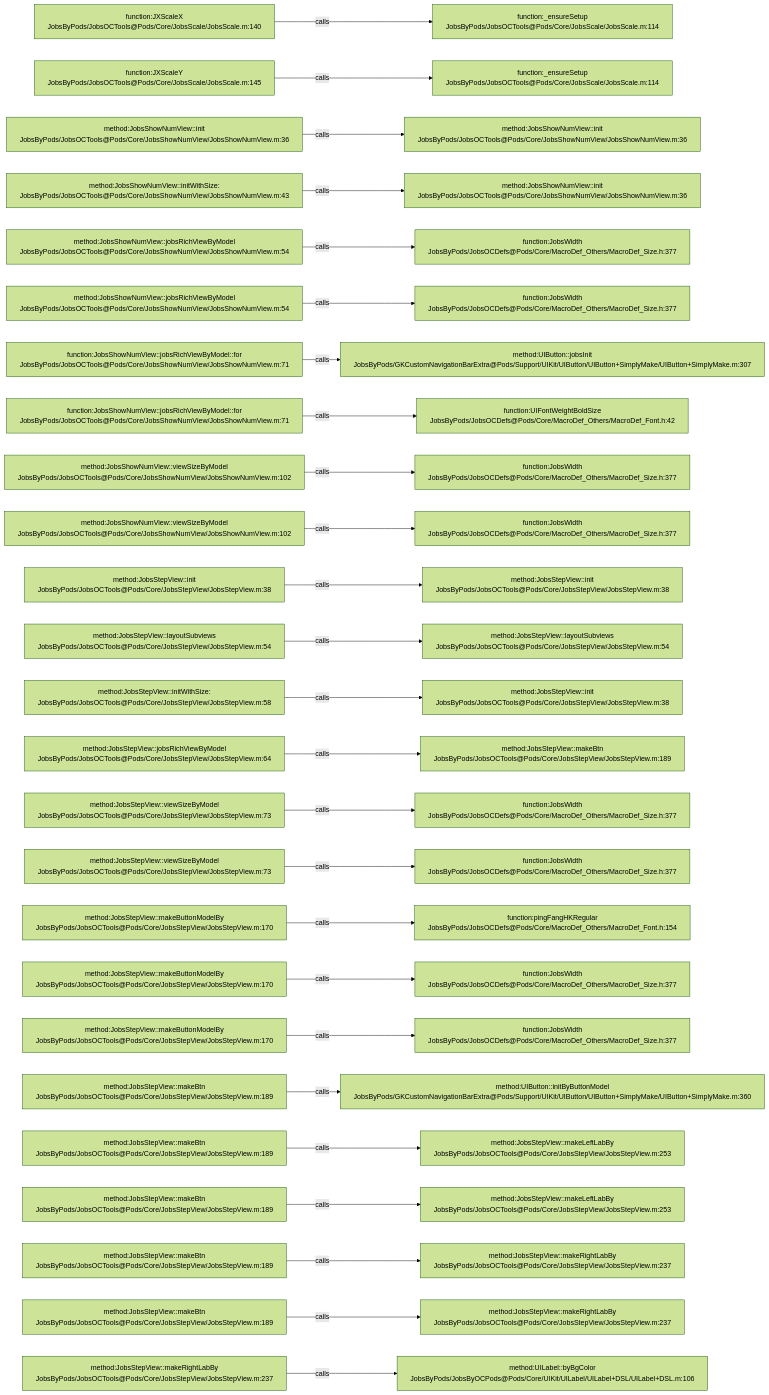
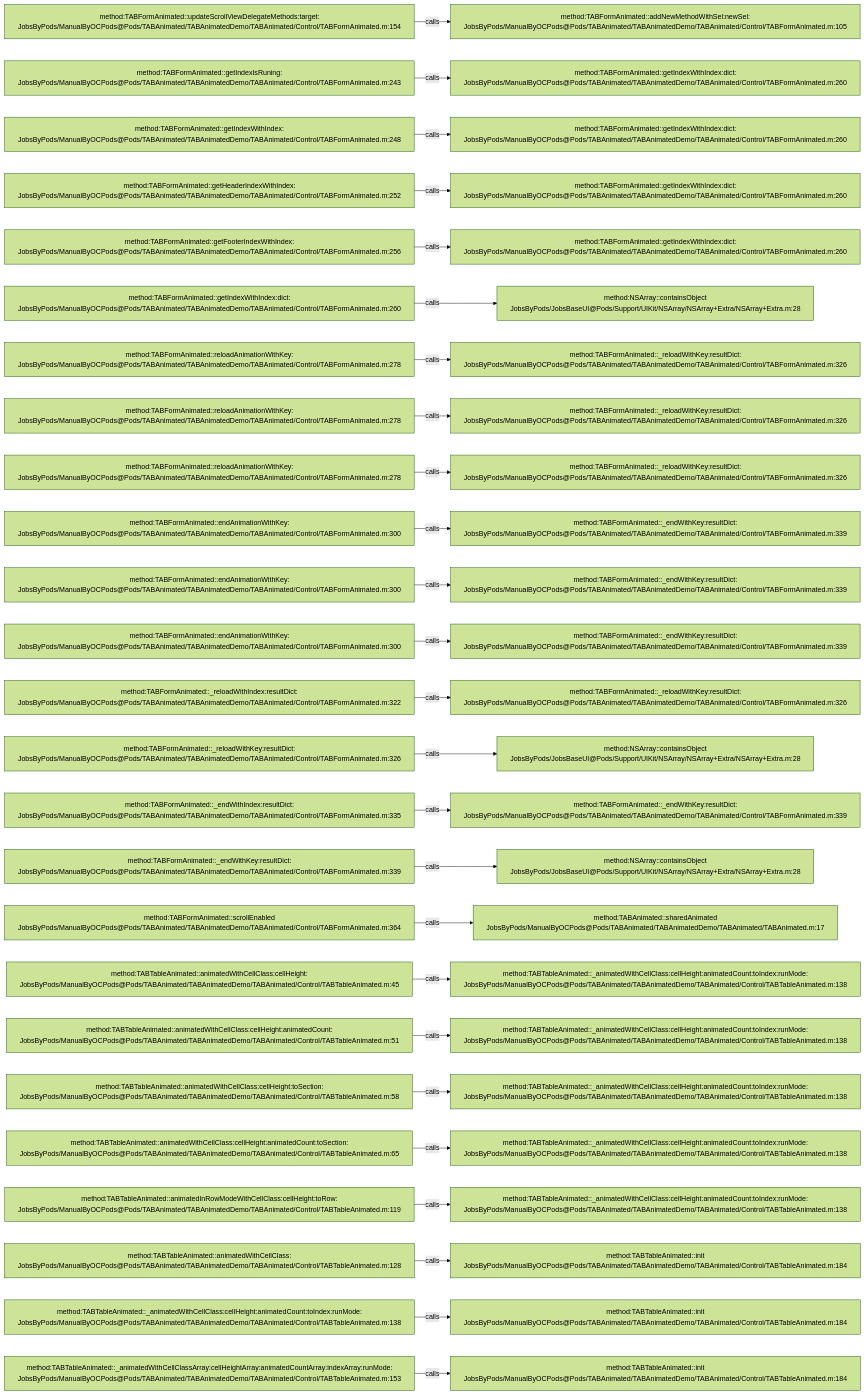
Before and after one commit to JobsKits/JobsOCBaseConfigDemo: the diagram in .codegraph/codegraph.md/graphs/calls-200.md, drawn with Mermaid (forest theme). The commit also changed 1026 other files, not shown here.

````diff
--- a/.codegraph/codegraph.md/graphs/calls-200.md
+++ b/.codegraph/codegraph.md/graphs/calls-200.md
@@ -13,78 +13,78 @@
 ```mermaid
 flowchart LR
-  S1["function:JXScaleX<br/>JobsByPods/JobsOCTools@Pods/Core/JobsScale/JobsScale.m:140"]
-  T1["function:_ensureSetup<br/>JobsByPods/JobsOCTools@Pods/Core/JobsScale/JobsScale.m:114"]
+  S1["method:TABFormAnimated::updateScrollViewDelegateMethods:target:<br/>JobsByPods/ManualByOCPods@Pods/TABAnimated/TABAnimatedDemo/TABAnimated/Control/TABFormAnimated.m:154"]
+  T1["method:TABFormAnimated::addNewMethodWithSel:newSel:<br/>JobsByPods/ManualByOCPods@Pods/TABAnimated/TABAnimatedDemo/TABAnimated/Control/TABFormAnimated.m:105"]
   S1 -->|calls| T1
-  S2["function:JXScaleY<br/>JobsByPods/JobsOCTools@Pods/Core/JobsScale/JobsScale.m:145"]
-  T2["function:_ensureSetup<br/>JobsByPods/JobsOCTools@Pods/Core/JobsScale/JobsScale.m:114"]
+  S2["method:TABFormAnimated::getIndexIsRuning:<br/>JobsByPods/ManualByOCPods@Pods/TABAnimated/TABAnimatedDemo/TABAnimated/Control/TABFormAnimated.m:243"]
+  T2["method:TABFormAnimated::getIndexWithIndex:dict:<br/>JobsByPods/ManualByOCPods@Pods/TABAnimated/TABAnimatedDemo/TABAnimated/Control/TABFormAnimated.m:260"]
   S2 -->|calls| T2
-  S3["method:JobsShowNumView::init<br/>JobsByPods/JobsOCTools@Pods/Core/JobsShowNumView/JobsShowNumView.m:36"]
-  T3["method:JobsShowNumView::init<br/>JobsByPods/JobsOCTools@Pods/Core/JobsShowNumView/JobsShowNumView.m:36"]
+  S3["method:TABFormAnimated::getIndexWithIndex:<br/>JobsByPods/ManualByOCPods@Pods/TABAnimated/TABAnimatedDemo/TABAnimated/Control/TABFormAnimated.m:248"]
+  T3["method:TABFormAnimated::getIndexWithIndex:dict:<br/>JobsByPods/ManualByOCPods@Pods/TABAnimated/TABAnimatedDemo/TABAnimated/Control/TABFormAnimated.m:260"]
   S3 -->|calls| T3
-  S4["method:JobsShowNumView::initWithSize:<br/>JobsByPods/JobsOCTools@Pods/Core/JobsShowNumView/JobsShowNumView.m:43"]
-  T4["method:JobsShowNumView::init<br/>JobsByPods/JobsOCTools@Pods/Core/JobsShowNumView/JobsShowNumView.m:36"]
+  S4["method:TABFormAnimated::getHeaderIndexWithIndex:<br/>JobsByPods/ManualByOCPods@Pods/TABAnimated/TABAnimatedDemo/TABAnimated/Control/TABFormAnimated.m:252"]
+  T4["method:TABFormAnimated::getIndexWithIndex:dict:<br/>JobsByPods/ManualByOCPods@Pods/TABAnimated/TABAnimatedDemo/TABAnimated/Control/TABFormAnimated.m:260"]
   S4 -->|calls| T4
-  S5["method:JobsShowNumView::jobsRichViewByModel<br/>JobsByPods/JobsOCTools@Pods/Core/JobsShowNumView/JobsShowNumView.m:54"]
-  T5["function:JobsWidth<br/>JobsByPods/JobsOCDefs@Pods/Core/MacroDef_Others/MacroDef_Size.h:377"]
+  S5["method:TABFormAnimated::getFooterIndexWithIndex:<br/>JobsByPods/ManualByOCPods@Pods/TABAnimated/TABAnimatedDemo/TABAnimated/Control/TABFormAnimated.m:256"]
+  T5["method:TABFormAnimated::getIndexWithIndex:dict:<br/>JobsByPods/ManualByOCPods@Pods/TABAnimated/TABAnimatedDemo/TABAnimated/Control/TABFormAnimated.m:260"]
   S5 -->|calls| T5
-  S6["method:JobsShowNumView::jobsRichViewByModel<br/>JobsByPods/JobsOCTools@Pods/Core/JobsShowNumView/JobsShowNumView.m:54"]
-  T6["function:JobsWidth<br/>JobsByPods/JobsOCDefs@Pods/Core/MacroDef_Others/MacroDef_Size.h:377"]
+  S6["method:TABFormAnimated::getIndexWithIndex:dict:<br/>JobsByPods/ManualByOCPods@Pods/TABAnimated/TABAnimatedDemo/TABAnimated/Control/TABFormAnimated.m:260"]
+  T6["method:NSArray::containsObject<br/>JobsByPods/JobsBaseUI@Pods/Support/UIKit/NSArray/NSArray+Extra/NSArray+Extra.m:28"]
   S6 -->|calls| T6
-  S7["function:JobsShowNumView::jobsRichViewByModel::for<br/>JobsByPods/JobsOCTools@Pods/Core/JobsShowNumView/JobsShowNumView.m:71"]
-  T7["method:UIButton::jobsInit<br/>JobsByPods/GKCustomNavigationBarExtra@Pods/Support/UIKit/UIButton/UIButton+SimplyMake/UIButton+SimplyMake.m:307"]
+  S7["method:TABFormAnimated::reloadAnimationWithKey:<br/>JobsByPods/ManualByOCPods@Pods/TABAnimated/TABAnimatedDemo/TABAnimated/Control/TABFormAnimated.m:278"]
+  T7["method:TABFormAnimated::_reloadWithKey:resultDict:<br/>JobsByPods/ManualByOCPods@Pods/TABAnimated/TABAnimatedDemo/TABAnimated/Control/TABFormAnimated.m:326"]
   S7 -->|calls| T7
-  S8["function:JobsShowNumView::jobsRichViewByModel::for<br/>JobsByPods/JobsOCTools@Pods/Core/JobsShowNumView/JobsShowNumView.m:71"]
-  T8["function:UIFontWeightBoldSize<br/>JobsByPods/JobsOCDefs@Pods/Core/MacroDef_Others/MacroDef_Font.h:42"]
+  S8["method:TABFormAnimated::reloadAnimationWithKey:<br/>JobsByPods/ManualByOCPods@Pods/TABAnimated/TABAnimatedDemo/TABAnimated/Control/TABFormAnimated.m:278"]
+  T8["method:TABFormAnimated::_reloadWithKey:resultDict:<br/>JobsByPods/ManualByOCPods@Pods/TABAnimated/TABAnimatedDemo/TABAnimated/Control/TABFormAnimated.m:326"]
   S8 -->|calls| T8
-  S9["method:JobsShowNumView::viewSizeByModel<br/>JobsByPods/JobsOCTools@Pods/Core/JobsShowNumView/JobsShowNumView.m:102"]
-  T9["function:JobsWidth<br/>JobsByPods/JobsOCDefs@Pods/Core/MacroDef_Others/MacroDef_Size.h:377"]
+  S9["method:TABFormAnimated::reloadAnimationWithKey:<br/>JobsByPods/ManualByOCPods@Pods/TABAnimated/TABAnimatedDemo/TABAnimated/Control/TABFormAnimated.m:278"]
+  T9["method:TABFormAnimated::_reloadWithKey:resultDict:<br/>JobsByPods/ManualByOCPods@Pods/TABAnimated/TABAnimatedDemo/TABAnimated/Control/TABFormAnimated.m:326"]
   S9 -->|calls| T9
-  S10["method:JobsShowNumView::viewSizeByModel<br/>JobsByPods/JobsOCTools@Pods/Core/JobsShowNumView/JobsShowNumView.m:102"]
-  T10["function:JobsWidth<br/>JobsByPods/JobsOCDefs@Pods/Core/MacroDef_Others/MacroDef_Size.h:377"]
+  S10["method:TABFormAnimated::endAnimationWithKey:<br/>JobsByPods/ManualByOCPods@Pods/TABAnimated/TABAnimatedDemo/TABAnimated/Control/TABFormAnimated.m:300"]
+  T10["method:TABFormAnimated::_endWithKey:resultDict:<br/>JobsByPods/ManualByOCPods@Pods/TABAnimated/TABAnimatedDemo/TABAnimated/Control/TABFormAnimated.m:339"]
   S10 -->|calls| T10
-  S11["method:JobsStepView::init<br/>JobsByPods/JobsOCTools@Pods/Core/JobsStepView/JobsStepView.m:38"]
-  T11["method:JobsStepView::init<br/>JobsByPods/JobsOCTools@Pods/Core/JobsStepView/JobsStepView.m:38"]
+  S11["method:TABFormAnimated::endAnimationWithKey:<br/>JobsByPods/ManualByOCPods@Pods/TABAnimated/TABAnimatedDemo/TABAnimated/Control/TABFormAnimated.m:300"]
+  T11["method:TABFormAnimated::_endWithKey:resultDict:<br/>JobsByPods/ManualByOCPods@Pods/TABAnimated/TABAnimatedDemo/TABAnimated/Control/TABFormAnimated.m:339"]
   S11 -->|calls| T11
-  S12["method:JobsStepView::layoutSubviews<br/>JobsByPods/JobsOCTools@Pods/Core/JobsStepView/JobsStepView.m:54"]
-  T12["method:JobsStepView::layoutSubviews<br/>JobsByPods/JobsOCTools@Pods/Core/JobsStepView/JobsStepView.m:54"]
+  S12["method:TABFormAnimated::endAnimationWithKey:<br/>JobsByPods/ManualByOCPods@Pods/TABAnimated/TABAnimatedDemo/TABAnimated/Control/TABFormAnimated.m:300"]
+  T12["method:TABFormAnimated::_endWithKey:resultDict:<br/>JobsByPods/ManualByOCPods@Pods/TABAnimated/TABAnimatedDemo/TABAnimated/Control/TABFormAnimated.m:339"]
   S12 -->|calls| T12
-  S13["method:JobsStepView::initWithSize:<br/>JobsByPods/JobsOCTools@Pods/Core/JobsStepView/JobsStepView.m:58"]
-  T13["method:JobsStepView::init<br/>JobsByPods/JobsOCTools@Pods/Core/JobsStepView/JobsStepView.m:38"]
+  S13["method:TABFormAnimated::_reloadWithIndex:resultDict:<br/>JobsByPods/ManualByOCPods@Pods/TABAnimated/TABAnimatedDemo/TABAnimated/Control/TABFormAnimated.m:322"]
+  T13["method:TABFormAnimated::_reloadWithKey:resultDict:<br/>JobsByPods/ManualByOCPods@Pods/TABAnimated/TABAnimatedDemo/TABAnimated/Control/TABFormAnimated.m:326"]
   S13 -->|calls| T13
-  S14["method:JobsStepView::jobsRichViewByModel<br/>JobsByPods/JobsOCTools@Pods/Core/JobsStepView/JobsStepView.m:64"]
-  T14["method:JobsStepView::makeBtn<br/>JobsByPods/JobsOCTools@Pods/Core/JobsStepView/JobsStepView.m:189"]
+  S14["method:TABFormAnimated::_reloadWithKey:resultDict:<br/>JobsByPods/ManualByOCPods@Pods/TABAnimated/TABAnimatedDemo/TABAnimated/Control/TABFormAnimated.m:326"]
+  T14["method:NSArray::containsObject<br/>JobsByPods/JobsBaseUI@Pods/Support/UIKit/NSArray/NSArray+Extra/NSArray+Extra.m:28"]
   S14 -->|calls| T14
-  S15["method:JobsStepView::viewSizeByModel<br/>JobsByPods/JobsOCTools@Pods/Core/JobsStepView/JobsStepView.m:73"]
-  T15["function:JobsWidth<br/>JobsByPods/JobsOCDefs@Pods/Core/MacroDef_Others/MacroDef_Size.h:377"]
+  S15["method:TABFormAnimated::_endWithIndex:resultDict:<br/>JobsByPods/ManualByOCPods@Pods/TABAnimated/TABAnimatedDemo/TABAnimated/Control/TABFormAnimated.m:335"]
+  T15["method:TABFormAnimated::_endWithKey:resultDict:<br/>JobsByPods/ManualByOCPods@Pods/TABAnimated/TABAnimatedDemo/TABAnimated/Control/TABFormAnimated.m:339"]
   S15 -->|calls| T15
-  S16["method:JobsStepView::viewSizeByModel<br/>JobsByPods/JobsOCTools@Pods/Core/JobsStepView/JobsStepView.m:73"]
-  T16["function:JobsWidth<br/>JobsByPods/JobsOCDefs@Pods/Core/MacroDef_Others/MacroDef_Size.h:377"]
+  S16["method:TABFormAnimated::_endWithKey:resultDict:<br/>JobsByPods/ManualByOCPods@Pods/TABAnimated/TABAnimatedDemo/TABAnimated/Control/TABFormAnimated.m:339"]
+  T16["method:NSArray::containsObject<br/>JobsByPods/JobsBaseUI@Pods/Support/UIKit/NSArray/NSArray+Extra/NSArray+Extra.m:28"]
   S16 -->|calls| T16
-  S17["method:JobsStepView::makeButtonModelBy<br/>JobsByPods/JobsOCTools@Pods/Core/JobsStepView/JobsStepView.m:170"]
-  T17["function:pingFangHKRegular<br/>JobsByPods/JobsOCDefs@Pods/Core/MacroDef_Others/MacroDef_Font.h:154"]
+  S17["method:TABFormAnimated::scrollEnabled<br/>JobsByPods/ManualByOCPods@Pods/TABAnimated/TABAnimatedDemo/TABAnimated/Control/TABFormAnimated.m:364"]
+  T17["method:TABAnimated::sharedAnimated<br/>JobsByPods/ManualByOCPods@Pods/TABAnimated/TABAnimatedDemo/TABAnimated/TABAnimated.m:17"]
   S17 -->|calls| T17
-  S18["method:JobsStepView::makeButtonModelBy<br/>JobsByPods/JobsOCTools@Pods/Core/JobsStepView/JobsStepView.m:170"]
-  T18["function:JobsWidth<br/>JobsByPods/JobsOCDefs@Pods/Core/MacroDef_Others/MacroDef_Size.h:377"]
+  S18["method:TABTableAnimated::animatedWithCellClass:cellHeight:<br/>JobsByPods/ManualByOCPods@Pods/TABAnimated/TABAnimatedDemo/TABAnimated/Control/TABTableAnimated.m:45"]
+  T18["method:TABTableAnimated::_animatedWithCellClass:cellHeight:animatedCount:toIndex:runMode:<br/>JobsByPods/ManualByOCPods@Pods/TABAnimated/TABAnimatedDemo/TABAnimated/Control/TABTableAnimated.m:138"]
   S18 -->|calls| T18
-  S19["method:JobsStepView::makeButtonModelBy<br/>JobsByPods/JobsOCTools@Pods/Core/JobsStepView/JobsStepView.m:170"]
-  T19["function:JobsWidth<br/>JobsByPods/JobsOCDefs@Pods/Core/MacroDef_Others/MacroDef_Size.h:377"]
+  S19["method:TABTableAnimated::animatedWithCellClass:cellHeight:animatedCount:<br/>JobsByPods/ManualByOCPods@Pods/TABAnimated/TABAnimatedDemo/TABAnimated/Control/TABTableAnimated.m:51"]
+  T19["method:TABTableAnimated::_animatedWithCellClass:cellHeight:animatedCount:toIndex:runMode:<br/>JobsByPods/ManualByOCPods@Pods/TABAnimated/TABAnimatedDemo/TABAnimated/Control/TABTableAnimated.m:138"]
   S19 -->|calls| T19
-  S20["method:JobsStepView::makeBtn<br/>JobsByPods/JobsOCTools@Pods/Core/JobsStepView/JobsStepView.m:189"]
-  T20["method:UIButton::initByButtonModel<br/>JobsByPods/GKCustomNavigationBarExtra@Pods/Support/UIKit/UIButton/UIButton+SimplyMake/UIButton+SimplyMake.m:360"]
+  S20["method:TABTableAnimated::animatedWithCellClass:cellHeight:toSection:<br/>JobsByPods/ManualByOCPods@Pods/TABAnimated/TABAnimatedDemo/TABAnimated/Control/TABTableAnimated.m:58"]
+  T20["method:TABTableAnimated::_animatedWithCellClass:cellHeight:animatedCount:toIndex:runMode:<br/>JobsByPods/ManualByOCPods@Pods/TABAnimated/TABAnimatedDemo/TABAnimated/Control/TABTableAnimated.m:138"]
   S20 -->|calls| T20
-  S21["method:JobsStepView::makeBtn<br/>JobsByPods/JobsOCTools@Pods/Core/JobsStepView/JobsStepView.m:189"]
-  T21["method:JobsStepView::makeLeftLabBy<br/>JobsByPods/JobsOCTools@Pods/Core/JobsStepView/JobsStepView.m:253"]
+  S21["method:TABTableAnimated::animatedWithCellClass:cellHeight:animatedCount:toSection:<br/>JobsByPods/ManualByOCPods@Pods/TABAnimated/TABAnimatedDemo/TABAnimated/Control/TABTableAnimated.m:65"]
+  T21["method:TABTableAnimated::_animatedWithCellClass:cellHeight:animatedCount:toIndex:runMode:<br/>JobsByPods/ManualByOCPods@Pods/TABAnimated/TABAnimatedDemo/TABAnimated/Control/TABTableAnimated.m:138"]
   S21 -->|calls| T21
-  S22["method:JobsStepView::makeBtn<br/>JobsByPods/JobsOCTools@Pods/Core/JobsStepView/JobsStepView.m:189"]
-  T22["method:JobsStepView::makeLeftLabBy<br/>JobsByPods/JobsOCTools@Pods/Core/JobsStepView/JobsStepView.m:253"]
+  S22["method:TABTableAnimated::animatedInRowModeWithCellClass:cellHeight:toRow:<br/>JobsByPods/ManualByOCPods@Pods/TABAnimated/TABAnimatedDemo/TABAnimated/Control/TABTableAnimated.m:119"]
+  T22["method:TABTableAnimated::_animatedWithCellClass:cellHeight:animatedCount:toIndex:runMode:<br/>JobsByPods/ManualByOCPods@Pods/TABAnimated/TABAnimatedDemo/TABAnimated/Control/TABTableAnimated.m:138"]
   S22 -->|calls| T22
-  S23["method:JobsStepView::makeBtn<br/>JobsByPods/JobsOCTools@Pods/Core/JobsStepView/JobsStepView.m:189"]
-  T23["method:JobsStepView::makeRightLabBy<br/>JobsByPods/JobsOCTools@Pods/Core/JobsStepView/JobsStepView.m:237"]
+  S23["method:TABTableAnimated::animatedWithCellClass:<br/>JobsByPods/ManualByOCPods@Pods/TABAnimated/TABAnimatedDemo/TABAnimated/Control/TABTableAnimated.m:128"]
+  T23["method:TABTableAnimated::init<br/>JobsByPods/ManualByOCPods@Pods/TABAnimated/TABAnimatedDemo/TABAnimated/Control/TABTableAnimated.m:184"]
   S23 -->|calls| T23
-  S24["method:JobsStepView::makeBtn<br/>JobsByPods/JobsOCTools@Pods/Core/JobsStepView/JobsStepView.m:189"]
-  T24["method:JobsStepView::makeRightLabBy<br/>JobsByPods/JobsOCTools@Pods/Core/JobsStepView/JobsStepView.m:237"]
+  S24["method:TABTableAnimated::_animatedWithCellClass:cellHeight:animatedCount:toIndex:runMode:<br/>JobsByPods/ManualByOCPods@Pods/TABAnimated/TABAnimatedDemo/TABAnimated/Control/TABTableAnimated.m:138"]
+  T24["method:TABTableAnimated::init<br/>JobsByPods/ManualByOCPods@Pods/TABAnimated/TABAnimatedDemo/TABAnimated/Control/TABTableAnimated.m:184"]
   S24 -->|calls| T24
-  S25["method:JobsStepView::makeRightLabBy<br/>JobsByPods/JobsOCTools@Pods/Core/JobsStepView/JobsStepView.m:237"]
-  T25["method:UILabel::byBgColor<br/>JobsByPods/JobsByOCPods@Pods/Core/UIKit/UILabel/UILabel+DSL/UILabel+DSL.m:106"]
+  S25["method:TABTableAnimated::_animatedWithCellClassArray:cellHeightArray:animatedCountArray:indexArray:runMode:<br/>JobsByPods/ManualByOCPods@Pods/TABAnimated/TABAnimatedDemo/TABAnimated/Control/TABTableAnimated.m:153"]
+  T25["method:TABTableAnimated::init<br/>JobsByPods/ManualByOCPods@Pods/TABAnimated/TABAnimatedDemo/TABAnimated/Control/TABTableAnimated.m:184"]
   S25 -->|calls| T25
 ```
````
